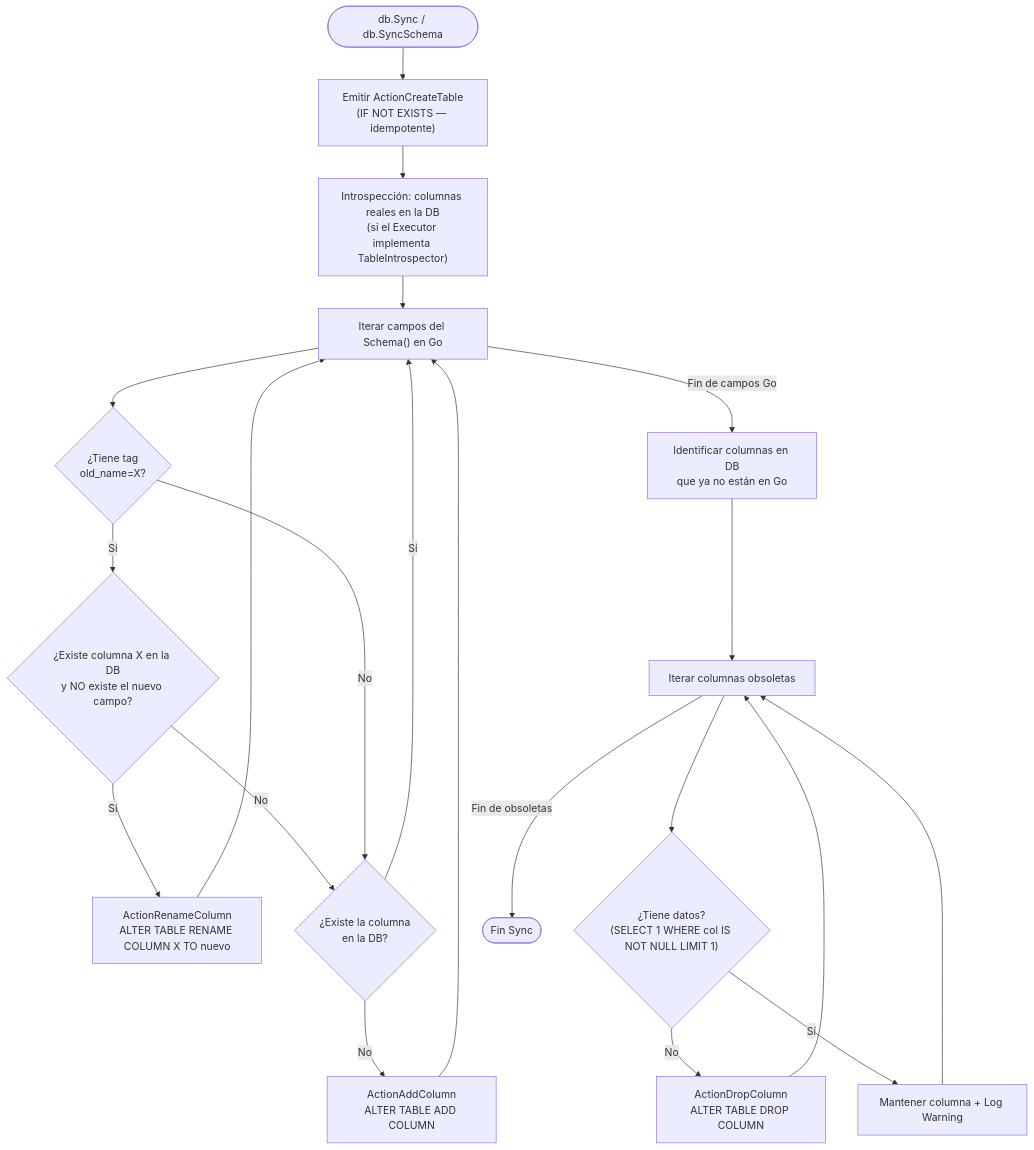
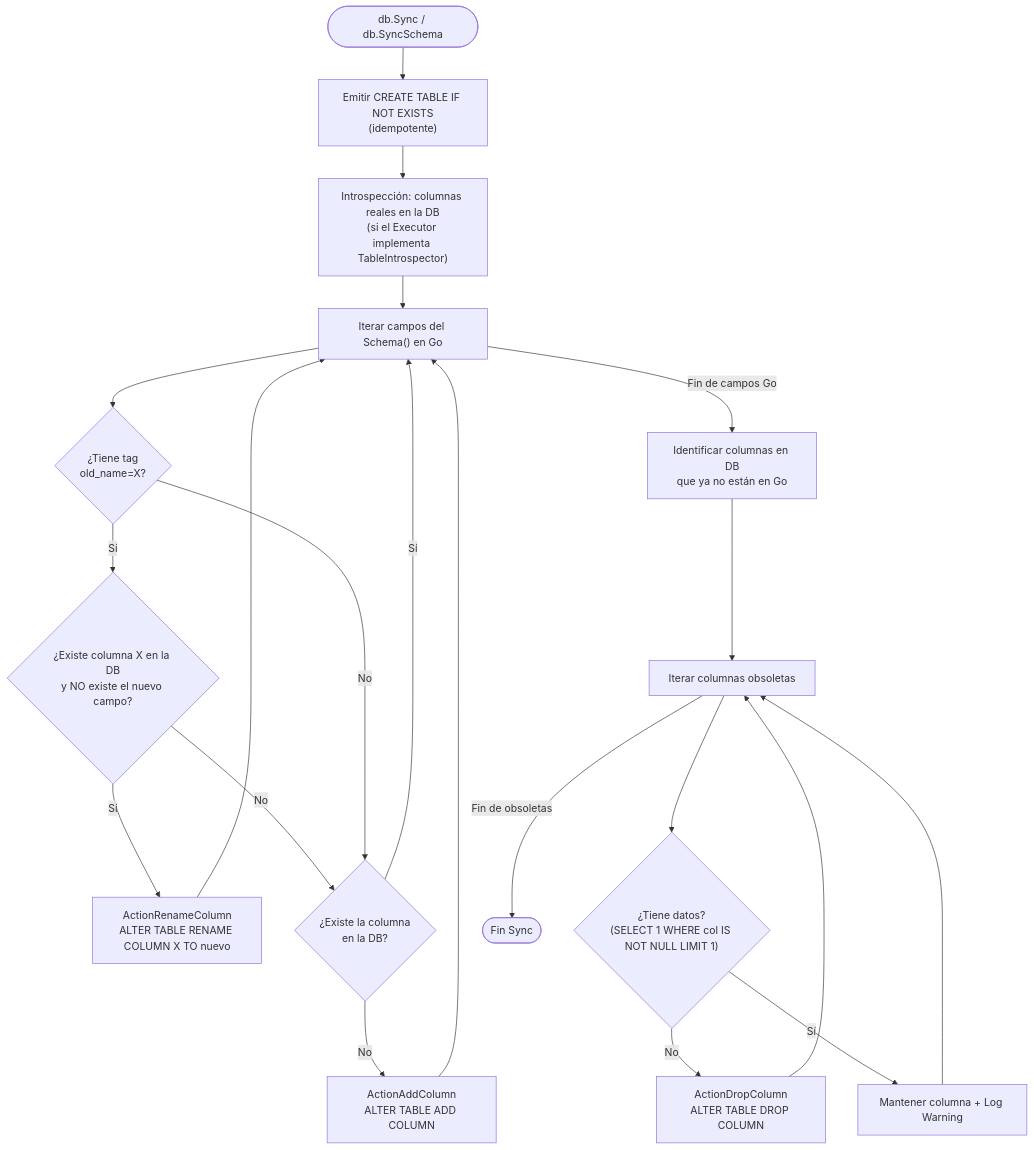
The fourth of 4 diagrams in docs/diagrams/DB_SYNC.md (webtyp/ormc), drawn with Mermaid before and after one commit. The commit also changed 1 other file, not shown here.

Commit message:
docs: Sync replaces CreateTable in examples
2 files changed, 2 insertions(+), 2 deletions(-)

````diff
--- a/docs/diagrams/DB_SYNC.md
+++ b/docs/diagrams/DB_SYNC.md
@@ -70,24 +70,24 @@
 ```mermaid
 flowchart TD
-    Start(["db.Sync / db.SyncSchema"]) --> Create["Emitir ActionCreateTable<br/>(IF NOT EXISTS — idempotente)"]
+    Start(["db.Sync / db.SyncSchema"]) --> Create["Emitir CREATE TABLE IF NOT EXISTS<br/>(idempotente)"]
     Create --> InspectDB["Introspección: columnas reales en la DB<br/>(si el Executor implementa TableIntrospector)"]
     InspectDB --> LoopFields["Iterar campos del Schema() en Go"]
 
     LoopFields --> HasRenameTag{"¿Tiene tag<br/>old_name=X?"}
     HasRenameTag -- "Sí" --> CheckOldCol{"¿Existe columna X en la DB<br/>y NO existe el nuevo campo?"}
     CheckOldCol -- "Sí" --> ExecRename["ActionRenameColumn<br/>ALTER TABLE RENAME COLUMN X TO nuevo"] --> LoopFields
     CheckOldCol -- "No" --> AddOrSkip
     HasRenameTag -- "No" --> AddOrSkip{"¿Existe la columna<br/>en la DB?"}
 
     AddOrSkip -- "No" --> ExecAdd["ActionAddColumn<br/>ALTER TABLE ADD COLUMN"] --> LoopFields
     AddOrSkip -- "Sí" --> LoopFields
 
     LoopFields -- "Fin de campos Go" --> FindObsoletes["Identificar columnas en DB<br/>que ya no están en Go"]
     FindObsoletes --> LoopObsoletes["Iterar columnas obsoletas"]
 
     LoopObsoletes --> CheckData{"¿Tiene datos?<br/>(SELECT 1 WHERE col IS NOT NULL LIMIT 1)"}
     CheckData -- "No" --> ExecDrop["ActionDropColumn<br/>ALTER TABLE DROP COLUMN"] --> LoopObsoletes
     CheckData -- "Sí" --> KeepAndWarn["Mantener columna + Log Warning"] --> LoopObsoletes
 
     LoopObsoletes -- "Fin de obsoletas" --> End(["Fin Sync"])
 ```
````
